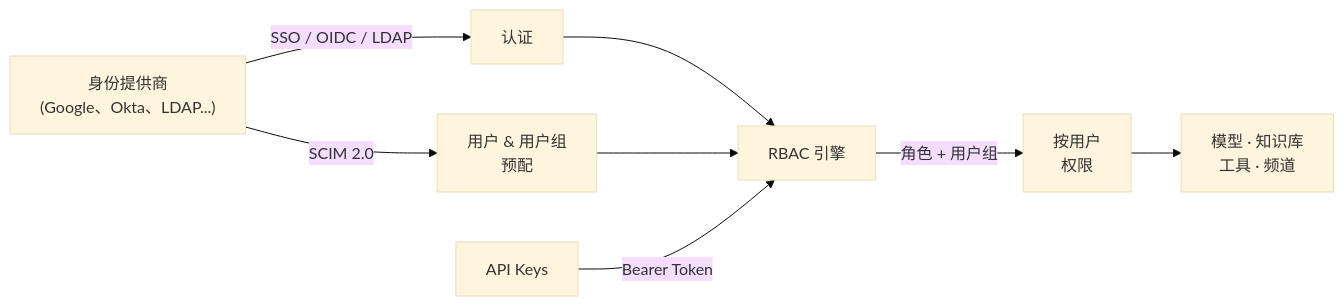
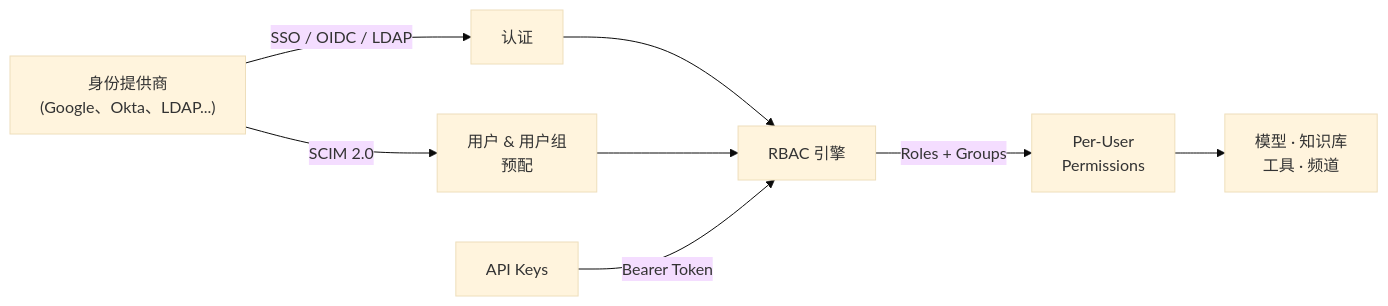
Before and after one commit to SMYQH/openwebuidocs: the diagram in zh-cn/docs/features/authentication-access/index.mdx, drawn with Mermaid (base theme). The commit also changed other lines of this file and 302 other files, not shown here.

````diff
--- a/zh-cn/docs/features/authentication-access/index.mdx
+++ b/zh-cn/docs/features/authentication-access/index.mdx
@@ -28,10 +31,10 @@
 ```mermaid
 flowchart LR
     IdP["身份提供商<br/>(Google、Okta、LDAP...)"] -->|SSO / OIDC / LDAP| Auth["认证"]
     IdP -->|SCIM 2.0| Provision["用户 & 用户组<br/>预配"]
     Auth --> RBAC["RBAC 引擎"]
     Provision --> RBAC
-    RBAC -->|角色 + 用户组| Permissions["按用户<br/>权限"]
+    RBAC -->|Roles + Groups| Permissions["Per-User<br/>Permissions"]
     Permissions --> Resources["模型 · 知识库<br/>工具 · 频道"]
     APIKeys["API Keys"] -->|Bearer Token| RBAC
 ```
````
